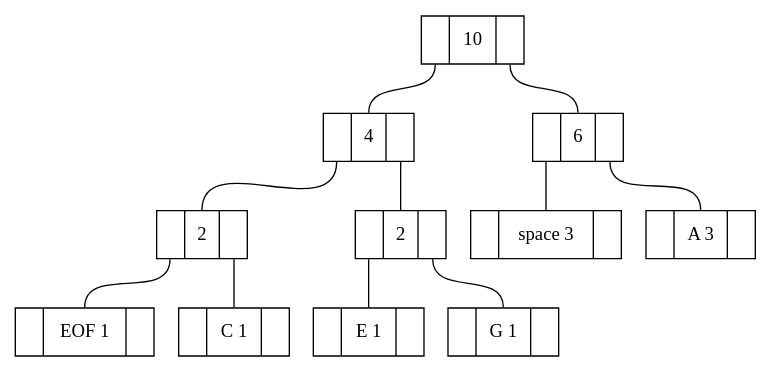
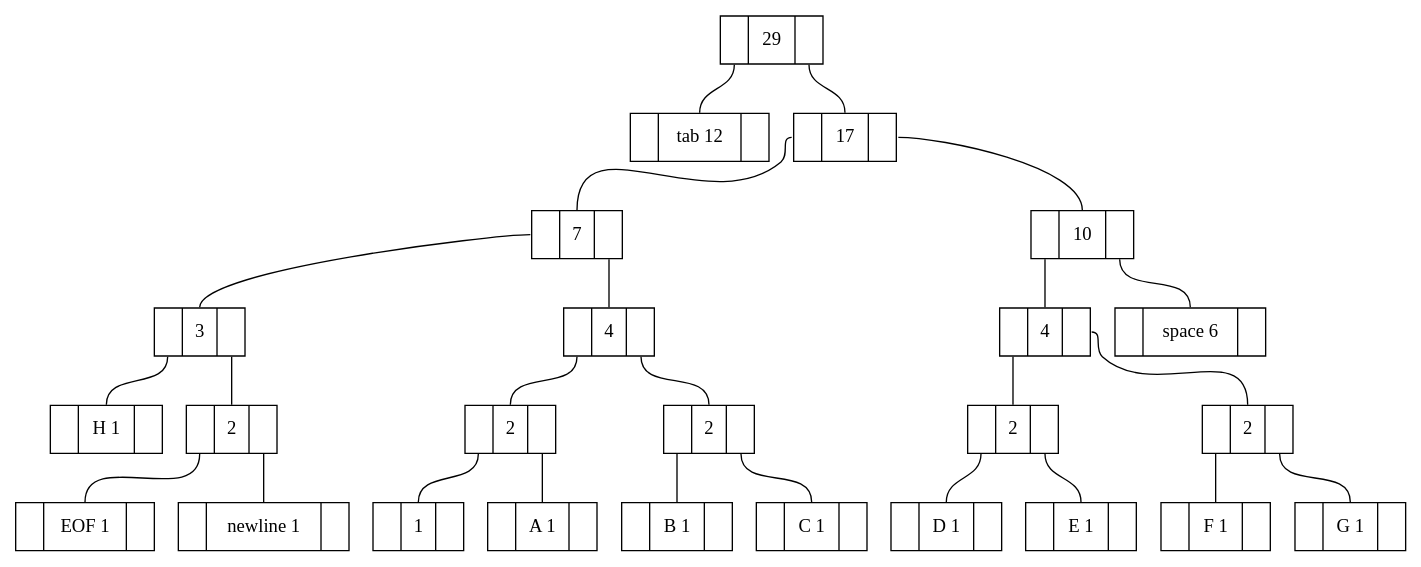
The diagram in Assignment 12 - Huffman Coding/test1.dot (jvlangevin/Assignment-12---Huffman-Compression), drawn with Graphviz before and after one commit. The commit also changed 15 other files, not shown here.

```diff
--- a/Assignment 12 - Huffman Coding/test1.dot
+++ b/Assignment 12 - Huffman Coding/test1.dot
@@ -1,25 +1,54 @@
 graph Tree {
 	node [shape=record]
 
-	node705927765 [label = "<f0> |<f1>   10|<f2> "]
-	node705927765:f0 -- node366712642:f1
-	node366712642 [label = "<f0> |<f1>   4|<f2> "]
-	node366712642:f0 -- node1829164700:f1
-	node1829164700 [label = "<f0> |<f1>   2|<f2> "]
-	node1829164700:f0 -- node2018699554:f1
-	node2018699554 [label = "<f0> |<f1> EOF 1|<f2> "]
-	node1829164700:f2 -- node1311053135:f1
-	node1311053135 [label = "<f0> |<f1> C 1|<f2> "]
-	node366712642:f2 -- node118352462:f1
-	node118352462 [label = "<f0> |<f1>   2|<f2> "]
-	node118352462:f0 -- node1550089733:f1
-	node1550089733 [label = "<f0> |<f1> E 1|<f2> "]
-	node118352462:f2 -- node865113938:f1
-	node865113938 [label = "<f0> |<f1> G 1|<f2> "]
-	node705927765:f2 -- node1442407170:f1
-	node1442407170 [label = "<f0> |<f1>   6|<f2> "]
-	node1442407170:f0 -- node1028566121:f1
-	node1028566121 [label = "<f0> |<f1> space 3|<f2> "]
-	node1442407170:f2 -- node1118140819:f1
-	node1118140819 [label = "<f0> |<f1> A 3|<f2> "]
+	node1023714065 [label = "<f0> |<f1>   29|<f2> "]
+	node1023714065:f0 -- node2051450519:f1
+	node2051450519 [label = "<f0> |<f1> tab 12|<f2> "]
+	node1023714065:f2 -- node99747242:f1
+	node99747242 [label = "<f0> |<f1>   17|<f2> "]
+	node99747242:f0 -- node1837543557:f1
+	node1837543557 [label = "<f0> |<f1>   7|<f2> "]
+	node1837543557:f0 -- node1971489295:f1
+	node1971489295 [label = "<f0> |<f1>   3|<f2> "]
+	node1971489295:f0 -- node985655350:f1
+	node985655350 [label = "<f0> |<f1> H 1|<f2> "]
+	node1971489295:f2 -- node804611486:f1
+	node804611486 [label = "<f0> |<f1>   2|<f2> "]
+	node804611486:f0 -- node2008017533:f1
+	node2008017533 [label = "<f0> |<f1> EOF 1|<f2> "]
+	node804611486:f2 -- node370988149:f1
+	node370988149 [label = "<f0> |<f1> newline 1|<f2> "]
+	node1837543557:f2 -- node1395089624:f1
+	node1395089624 [label = "<f0> |<f1>   4|<f2> "]
+	node1395089624:f0 -- node1476011703:f1
+	node1476011703 [label = "<f0> |<f1>   2|<f2> "]
+	node1476011703:f0 -- node1603195447:f1
+	node1603195447 [label = "<f0> |<f1> 
+ 1|<f2> "]
+	node1476011703:f2 -- node792791759:f1
+	node792791759 [label = "<f0> |<f1> A 1|<f2> "]
+	node1395089624:f2 -- node1191747167:f1
+	node1191747167 [label = "<f0> |<f1>   2|<f2> "]
+	node1191747167:f0 -- node1094834071:f1
+	node1094834071 [label = "<f0> |<f1> B 1|<f2> "]
+	node1191747167:f2 -- node1761061602:f1
+	node1761061602 [label = "<f0> |<f1> C 1|<f2> "]
+	node99747242:f2 -- node1330106945:f1
+	node1330106945 [label = "<f0> |<f1>   10|<f2> "]
+	node1330106945:f0 -- node1279149968:f1
+	node1279149968 [label = "<f0> |<f1>   4|<f2> "]
+	node1279149968:f0 -- node59559151:f1
+	node59559151 [label = "<f0> |<f1>   2|<f2> "]
+	node59559151:f0 -- node1450821318:f1
+	node1450821318 [label = "<f0> |<f1> D 1|<f2> "]
+	node59559151:f2 -- node668849042:f1
+	node668849042 [label = "<f0> |<f1> E 1|<f2> "]
+	node1279149968:f2 -- node434176574:f1
+	node434176574 [label = "<f0> |<f1>   2|<f2> "]
+	node434176574:f0 -- node2096057945:f1
+	node2096057945 [label = "<f0> |<f1> F 1|<f2> "]
+	node434176574:f2 -- node1689843956:f1
+	node1689843956 [label = "<f0> |<f1> G 1|<f2> "]
+	node1330106945:f2 -- node766572210:f1
+	node766572210 [label = "<f0> |<f1> space 6|<f2> "]
 }
```
